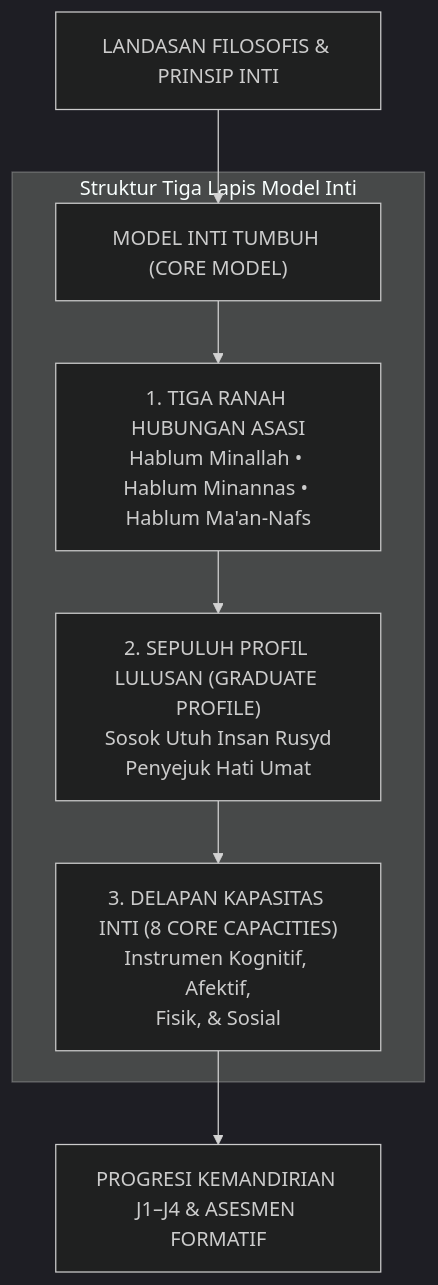
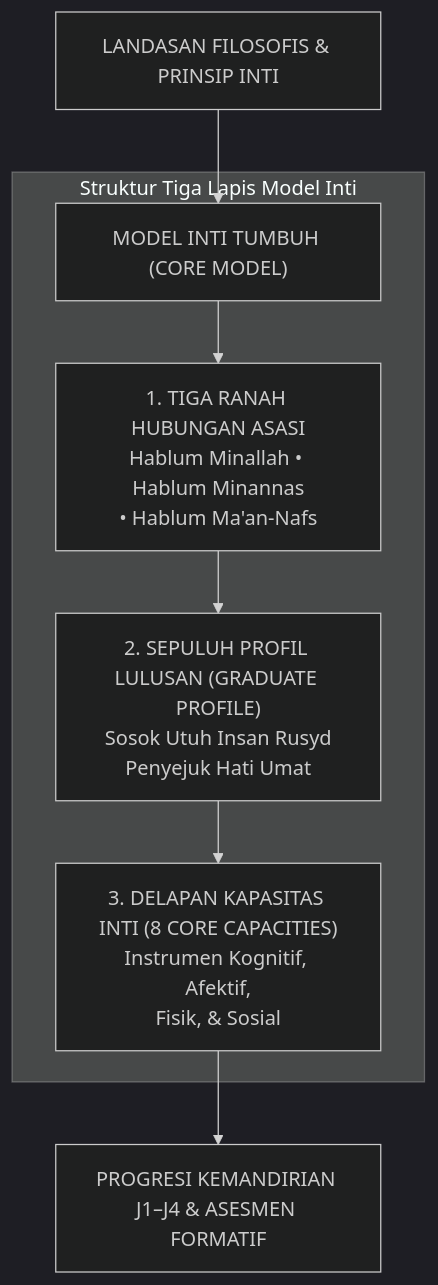
One commit to wandiapriliyandi/tumbuh changed the first of 5 diagrams in BOOK Series 1/01-The-Fundamental-of-TUMBUH/Bab-10-Kerangka-Struktur-Model-Inti-TUMBUH.md. Above: the diagram before and after it, drawn with Mermaid (dark theme). The commit also changed other lines of this file and 34 other files, not shown here.

Commit message:
fix(book-01): audit menyeluruh 20 bab, perapihan diagram dan sinkronisasi 100% catatan kaki

````diff
--- a/BOOK Series 1/01-The-Fundamental-of-TUMBUH/Bab-10-Kerangka-Struktur-Model-Inti-TUMBUH.md
+++ b/BOOK Series 1/01-The-Fundamental-of-TUMBUH/Bab-10-Kerangka-Struktur-Model-Inti-TUMBUH.md
@@ -29,12 +29,12 @@
 ```mermaid
 graph TD
     A["LANDASAN FILOSOFIS & PRINSIP INTI"] --> B["MODEL INTI TUMBUH (CORE MODEL)"]
     
     subgraph ARSITEKTUR_CORE_MODEL["Struktur Tiga Lapis Model Inti"]
-        B --> L1["1. TIGA RANAH HUBUNGAN ASASI<br/>Hablum Minallah • Hablum Minannas • Hablum Ma'an-Nafs"]
+        B --> L1["1. TIGA RANAH HUBUNGAN ASASI<br/>Hablum Minallah • Hablum Minannas<br/>• Hablum Ma'an-Nafs"]
         L1 --> L2["2. SEPULUH PROFIL LULUSAN (GRADUATE PROFILE)<br/>Sosok Utuh Insan Rusyd<br/>Penyejuk Hati Umat"]
         L2 --> L3["3. DELAPAN KAPASITAS INTI (8 CORE CAPACITIES)<br/>Instrumen Kognitif, Afektif,<br/>Fisik, & Sosial"]
     end
 
     L3 --> C["PROGRESI KEMANDIRIAN J1–J4 & ASESMEN FORMATIF"]
 ```
````
